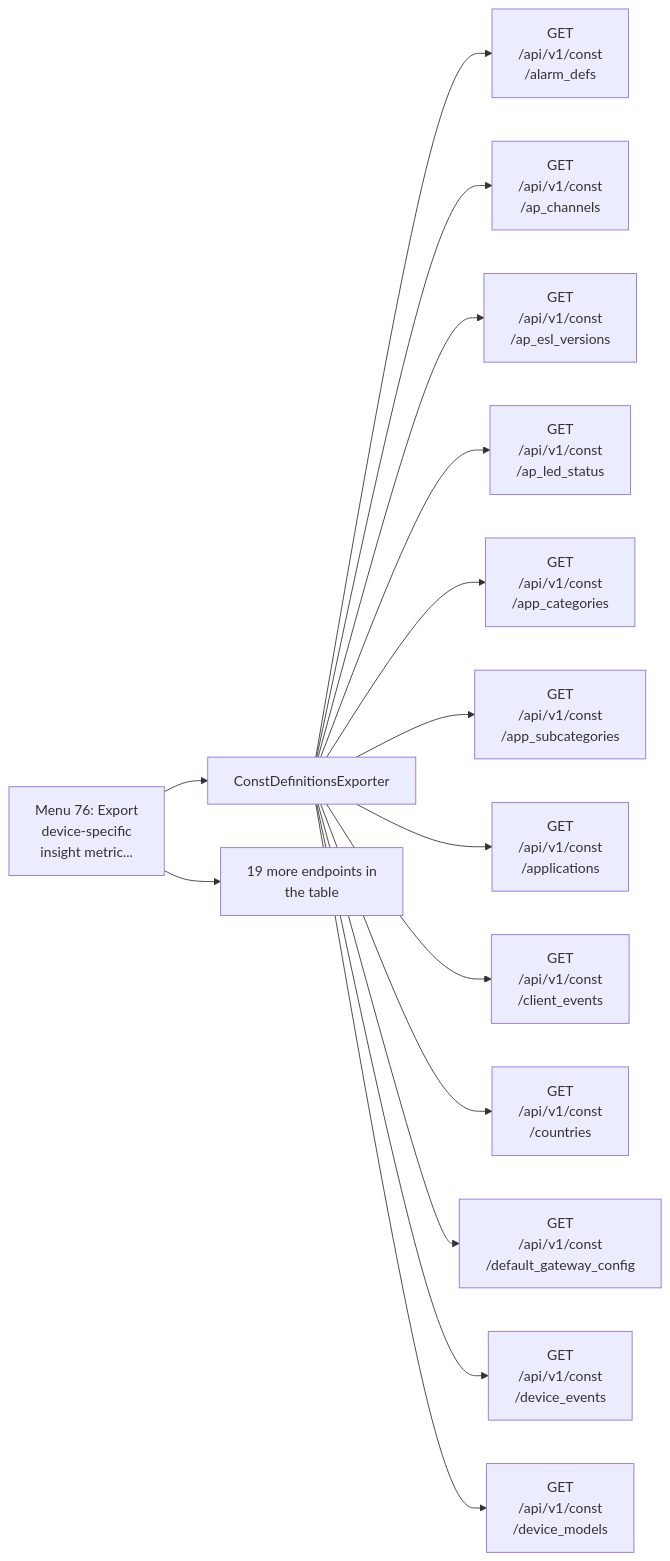
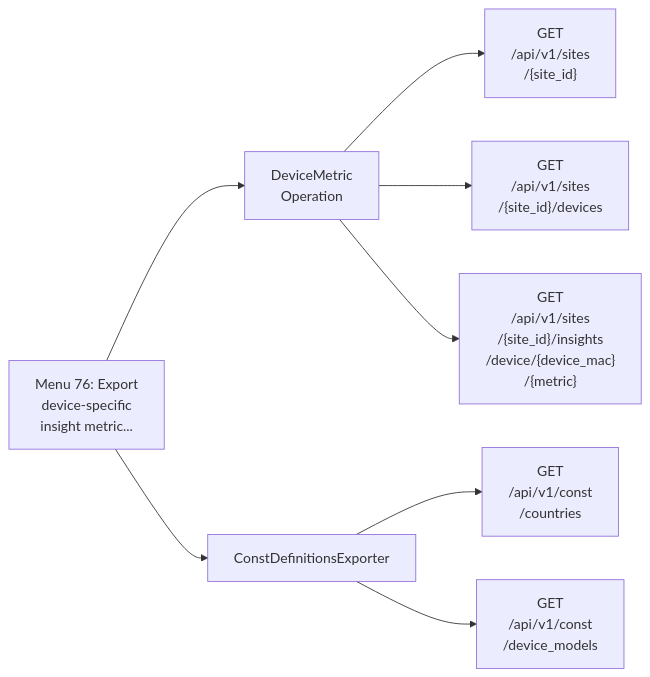
The sixth of 27 diagrams in documentation/menu-api/interactive-safe.md (jmorrison-juniper/MistHelper), drawn with Mermaid before and after one commit. The commit also changed other lines of this file and 8 other files, not shown here.

First line of the commit message:
docs(insights): regenerate the selective insight API references

````diff
--- a/documentation/menu-api/interactive-safe.md
+++ b/documentation/menu-api/interactive-safe.md
@@ -351,18 +283,11 @@
 ```mermaid
 flowchart LR
     menu["Menu 76: Export<br/>device-specific<br/>insight metric..."]
-    menu --> c1["ConstDefinitionsExporter"]
-    c1 --> e1["GET<br/>/api/v1/const<br/>/alarm_defs"]
-    c1 --> e2["GET<br/>/api/v1/const<br/>/ap_channels"]
-    c1 --> e3["GET<br/>/api/v1/const<br/>/ap_esl_versions"]
-    c1 --> e4["GET<br/>/api/v1/const<br/>/ap_led_status"]
-    c1 --> e5["GET<br/>/api/v1/const<br/>/app_categories"]
-    c1 --> e6["GET<br/>/api/v1/const<br/>/app_subcategories"]
-    c1 --> e7["GET<br/>/api/v1/const<br/>/applications"]
-    c1 --> e8["GET<br/>/api/v1/const<br/>/client_events"]
-    c1 --> e9["GET<br/>/api/v1/const<br/>/countries"]
-    c1 --> e10["GET<br/>/api/v1/const<br/>/default_gateway_config"]
-    c1 --> e11["GET<br/>/api/v1/const<br/>/device_events"]
-    c1 --> e12["GET<br/>/api/v1/const<br/>/device_models"]
-    menu --> more["19 more endpoints in<br/>the table"]
+    menu --> c1["DeviceMetric<br/>Operation"]
+    c1 --> e1["GET<br/>/api/v1/sites<br/>/{site_id}"]
+    c1 --> e2["GET<br/>/api/v1/sites<br/>/{site_id}/devices"]
+    c1 --> e3["GET<br/>/api/v1/sites<br/>/{site_id}/insights<br/>/device/{device_mac}<br/>/{metric}"]
+    menu --> c2["ConstDefinitionsExporter"]
+    c2 --> e4["GET<br/>/api/v1/const<br/>/countries"]
+    c2 --> e5["GET<br/>/api/v1/const<br/>/device_models"]
 ```
````
